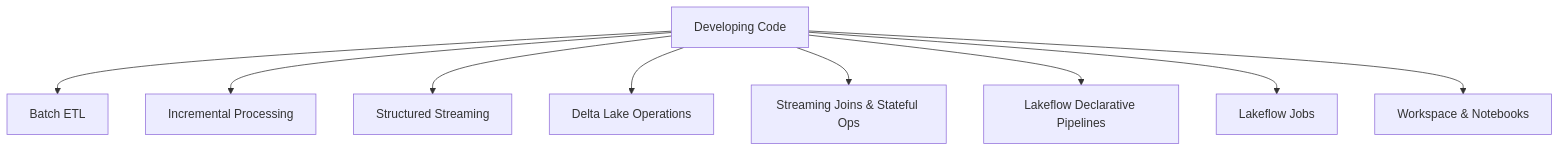
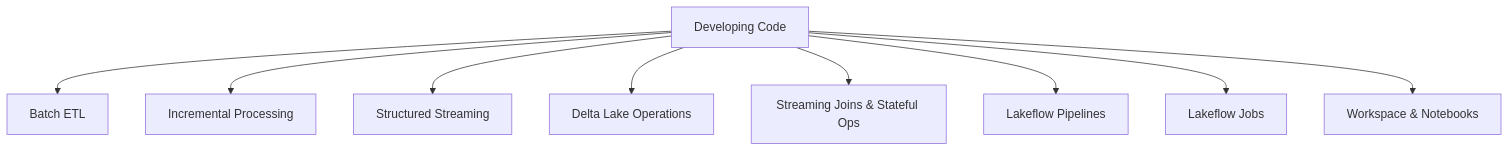
One commit to kengio/databricks-certification-study-guide changed the diagram in certifications/data-engineer-professional/01-developing-code-for-data-processing/README.md. Above: the diagram before and after it, drawn with Mermaid. The commit also changed other lines of this file and 54 other files, not shown here.

````diff
--- a/certifications/data-engineer-professional/01-developing-code-for-data-processing/README.md
+++ b/certifications/data-engineer-professional/01-developing-code-for-data-processing/README.md
@@ -17,11 +17,11 @@
 ```mermaid
 flowchart TD
     DC[Developing Code] --> Batch[Batch ETL]
     DC --> Inc[Incremental Processing]
     DC --> Stream[Structured Streaming]
     DC --> Delta[Delta Lake Operations]
     DC --> SJ[Streaming Joins & Stateful Ops]
-    DC --> LDP[Lakeflow Declarative Pipelines]
+    DC --> LDP[Lakeflow Pipelines]
     DC --> LJ[Lakeflow Jobs]
     DC --> WS[Workspace & Notebooks]
 ```
````
